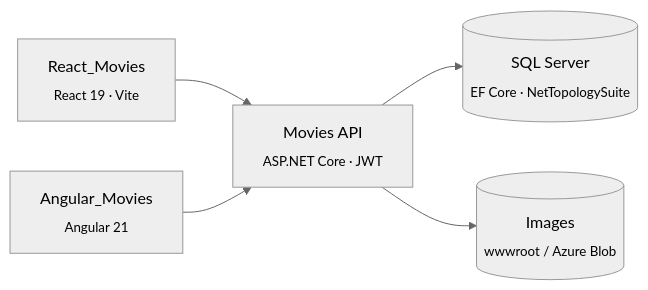
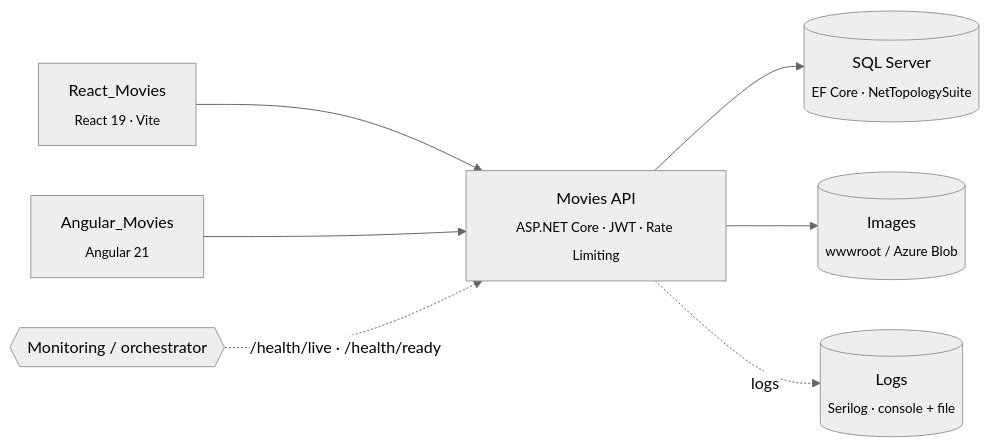
Before and after one commit to iliana212/API_Movies: the diagram in README.en.md, drawn with Mermaid (neutral theme). The commit also changed other lines of this file and 1 other file, not shown here.

````diff
--- a/README.en.md
+++ b/README.en.md
@@ -28,7 +29,9 @@
 ```mermaid
 graph LR
     React["React_Movies<br/><sub>React 19 · Vite</sub>"] --> API
     Angular["Angular_Movies<br/><sub>Angular 21</sub>"] --> API
-    API["Movies API<br/><sub>ASP.NET Core · JWT</sub>"] --> DB[("SQL Server<br/><sub>EF Core · NetTopologySuite</sub>")]
+    API["Movies API<br/><sub>ASP.NET Core · JWT · Rate Limiting</sub>"] --> DB[("SQL Server<br/><sub>EF Core · NetTopologySuite</sub>")]
     API --> Storage[("Images<br/><sub>wwwroot / Azure Blob</sub>")]
+    API -. "logs" .-> Logs[("Logs<br/><sub>Serilog · console + file</sub>")]
+    Monitor{{"Monitoring / orchestrator"}} -. "/health/live · /health/ready" .-> API
 ```
````
